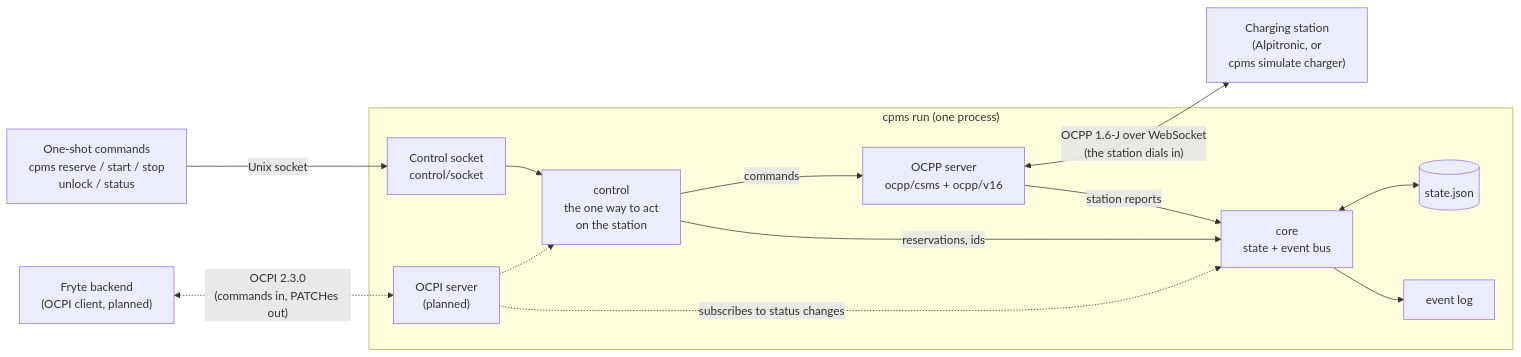
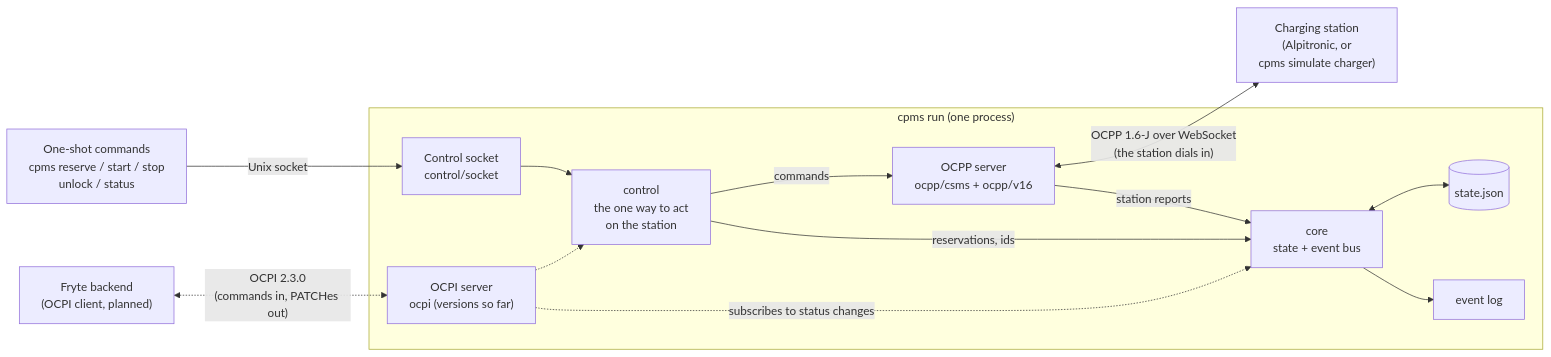
Before and after one commit to wolffseb/headless-csms: the first of 7 diagrams in README.md, drawn with Mermaid. The commit also changed other lines of this file and 13 other files, not shown here.

First line of the commit message:
Add the OCPI HTTP foundation: server, envelope, token auth, versions (roadmap 5.1) (#36)

````diff
--- a/README.md
+++ b/README.md
@@ -298,28 +352,28 @@
 ```mermaid
 flowchart LR
     cli["One-shot commands<br/>cpms reserve / start / stop<br/>unlock / status"]
     fryte["Fryte backend<br/>(OCPI client, planned)"]
     station["Charging station<br/>(Alpitronic, or<br/>cpms simulate charger)"]
 
     subgraph run ["cpms run (one process)"]
         sock["Control socket<br/>control/socket"]
-        ocpi["OCPI server<br/>(planned)"]
+        ocpi["OCPI server<br/>ocpi (versions so far)"]
         ctrl["control<br/>the one way to act<br/>on the station"]
         csms["OCPP server<br/>ocpp/csms + ocpp/v16"]
         core["core<br/>state + event bus"]
         store[("state.json")]
         log["event log"]
     end
 
     cli -- "Unix socket" --> sock
     fryte <-. "OCPI 2.3.0<br/>(commands in, PATCHes out)" .-> ocpi
     sock --> ctrl
     ocpi -.-> ctrl
     ctrl -- "commands" --> csms
     csms <-- "OCPP 1.6-J over WebSocket<br/>(the station dials in)" --> station
     ctrl -- "reservations, ids" --> core
     csms -- "station reports" --> core
     ocpi -. "subscribes to status changes" .-> core
     core <--> store
     core --> log
 ```
````
